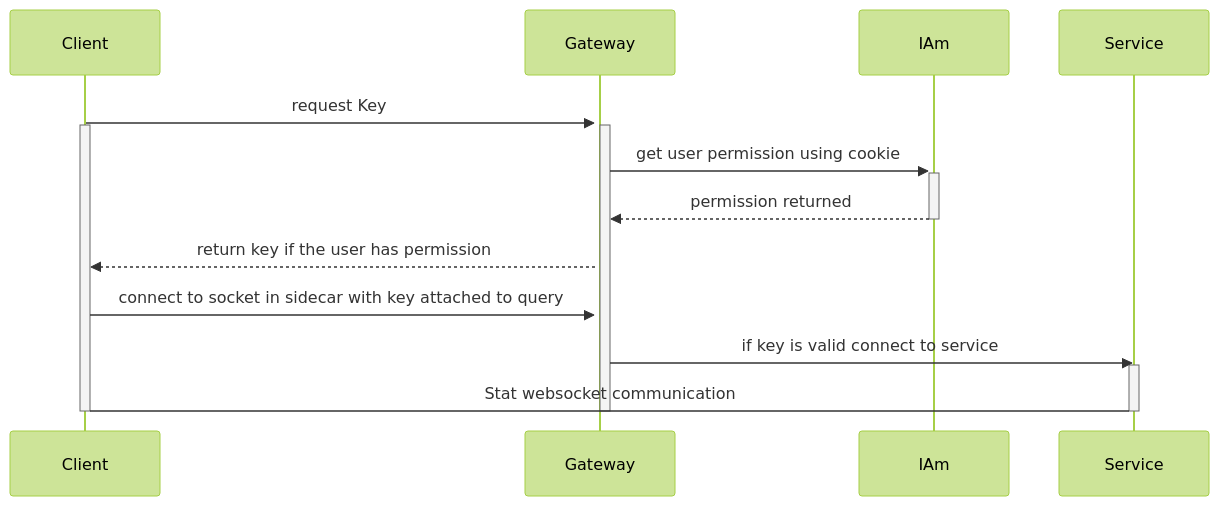
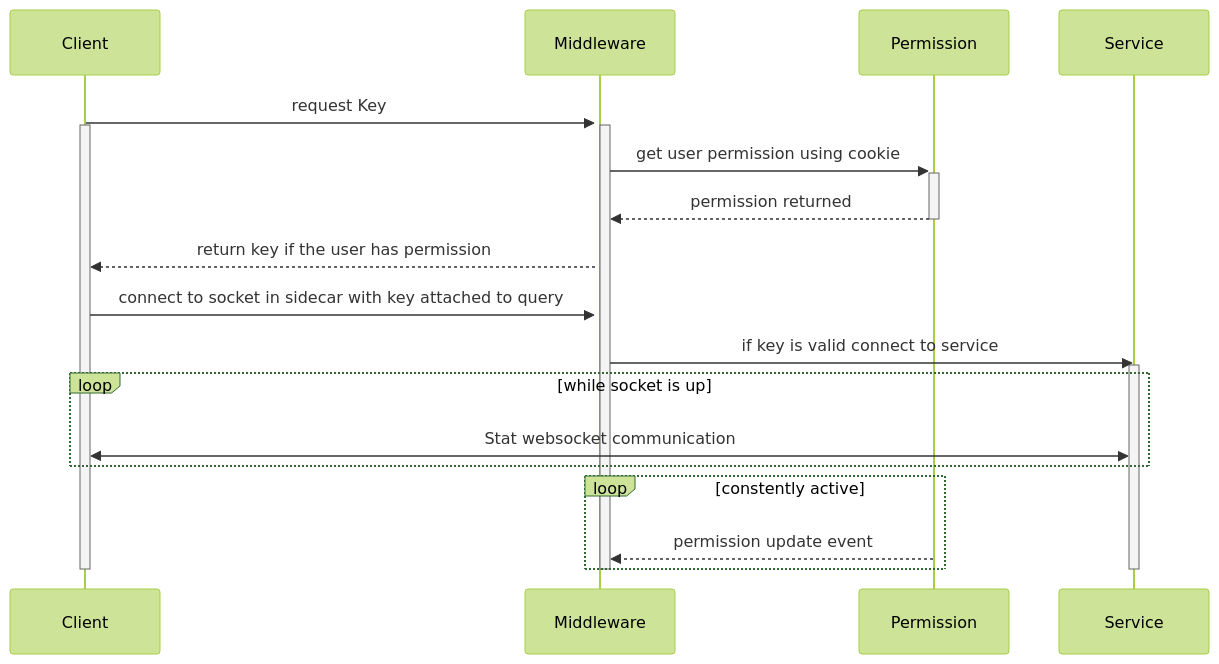
The second of 2 diagrams in readme.md (ZNackasha/permission-gateway), drawn with Mermaid (forest theme) before and after one commit. The commit also changed other lines of this file and 19 other files, not shown here.

````diff
--- a/readme.md
+++ b/readme.md
@@ -64,17 +89,22 @@
 ```mermaid
 sequenceDiagram
-  Client->>+Gateway: request Key
+  Client->>+Middleware: request Key
   activate Client
-  activate Gateway
-  Gateway->>+IAm : get user permission using cookie
-  IAm-->>-Gateway: permission returned
-  Gateway-->>Client: return key if the user has permission
-  Client->>Gateway: connect to socket in sidecar with key attached to query
-  Gateway->>Service: if key is valid connect to service
+  activate Middleware
+  Middleware->>+Permission : get user permission using cookie
+  Permission-->>-Middleware: permission returned
+  Middleware-->>Client: return key if the user has permission
+  Client->>Middleware: connect to socket in sidecar with key attached to query
+  Middleware->>Service: if key is valid connect to service
   activate Service
-  Service->Client: Stat websocket communication
+  loop while socket is up
+    Service<<->>Client: Stat websocket communication
+  end
+  loop constently active
+    Permission-->>Middleware: permission update event
+  end
   deactivate Service
   deactivate Client
-  deactivate Gateway
+  deactivate Middleware
 
 ```
````
